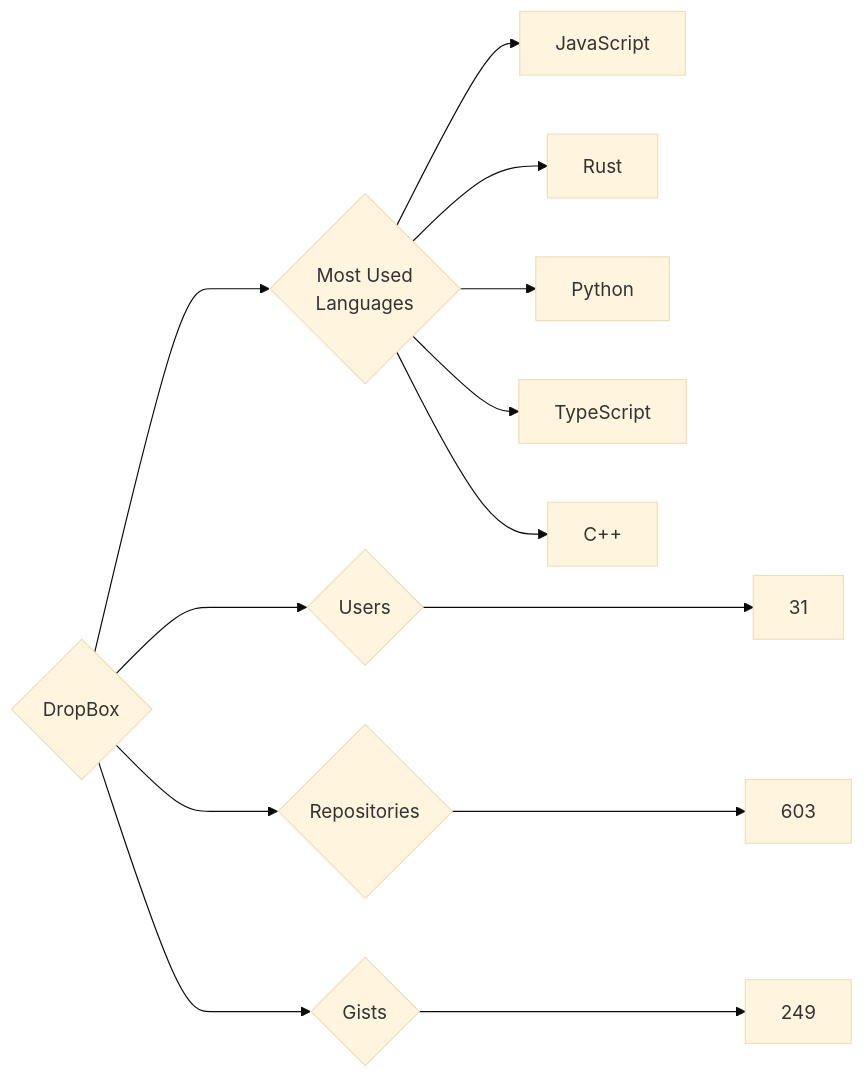
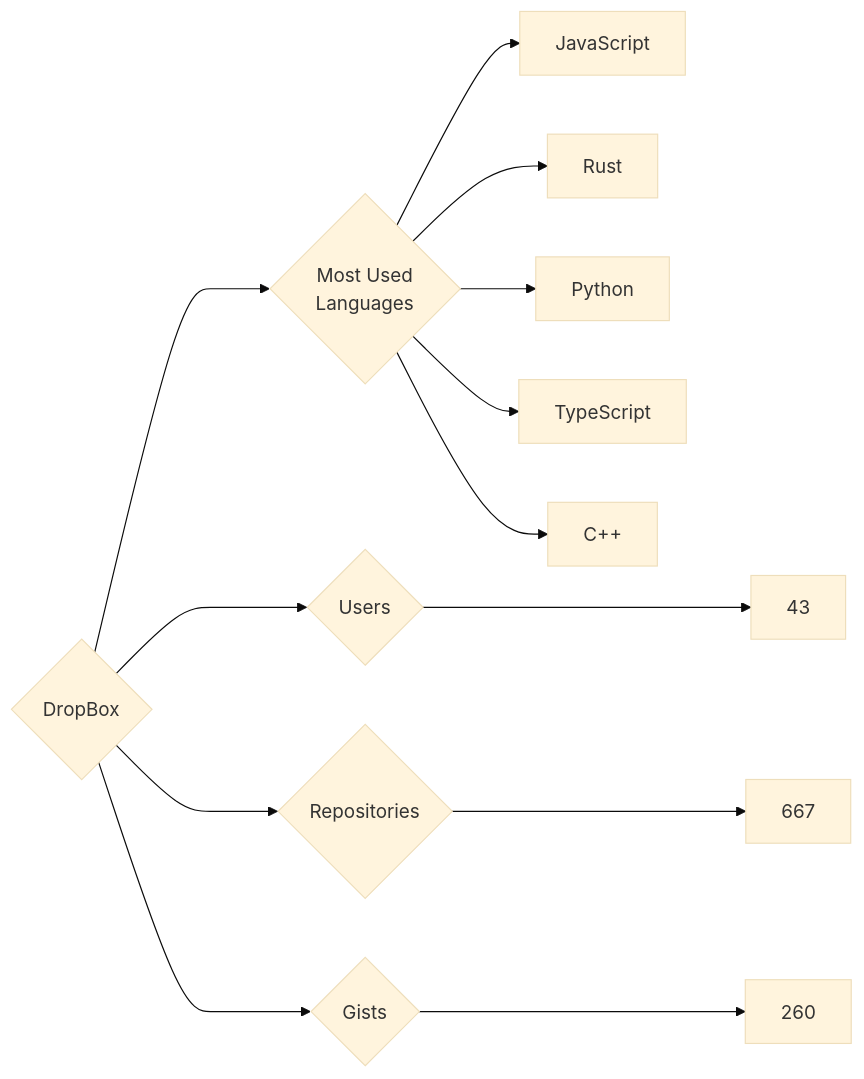
The diagram in targets/DropBox/README.md (trickest/insiders), drawn with Mermaid (base theme) before and after one commit. The commit also changed 772 other files, not shown here.

````diff
--- a/targets/DropBox/README.md
+++ b/targets/DropBox/README.md
@@ -3,13 +3,13 @@
 ```mermaid
 graph LR
 COMPANY_NAME{DropBox}
-COMPANY_NAME ---> U{Users} ---> UN[31]
-COMPANY_NAME ---> R{Repositories} ---> RN[603]
-COMPANY_NAME ---> G{Gists} ---> GN[249]
+COMPANY_NAME ---> U{Users} ---> UN[43]
+COMPANY_NAME ---> R{Repositories} ---> RN[667]
+COMPANY_NAME ---> G{Gists} ---> GN[260]
 COMPANY_NAME ---> ML{Most Used<br>Languages}
 ML --> JavaScript[JavaScript]
 ML --> Rust[Rust]
 ML --> Python[Python]
 ML --> TypeScript[TypeScript]
 ML --> C++[C++]
 ```
````
